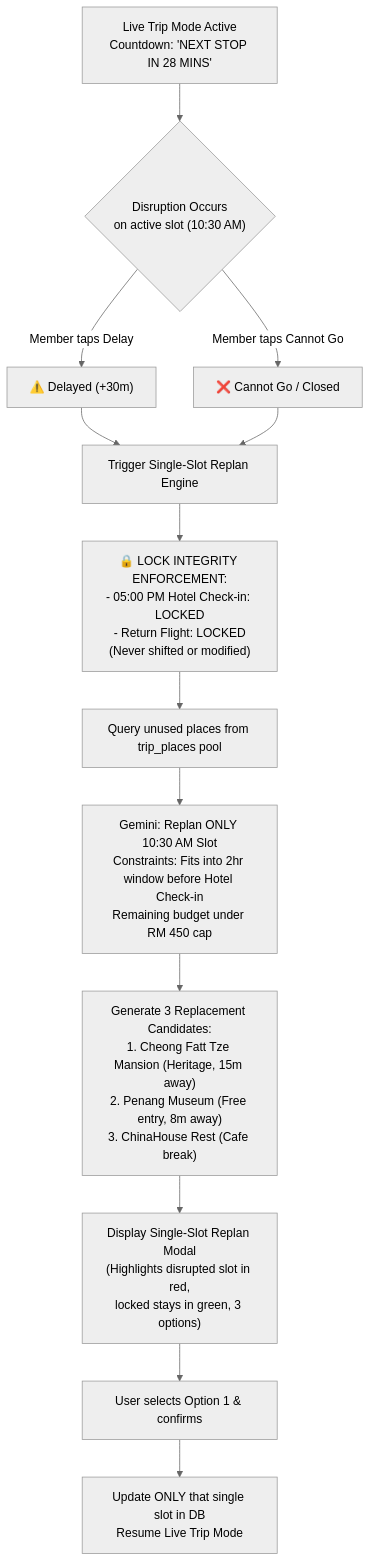
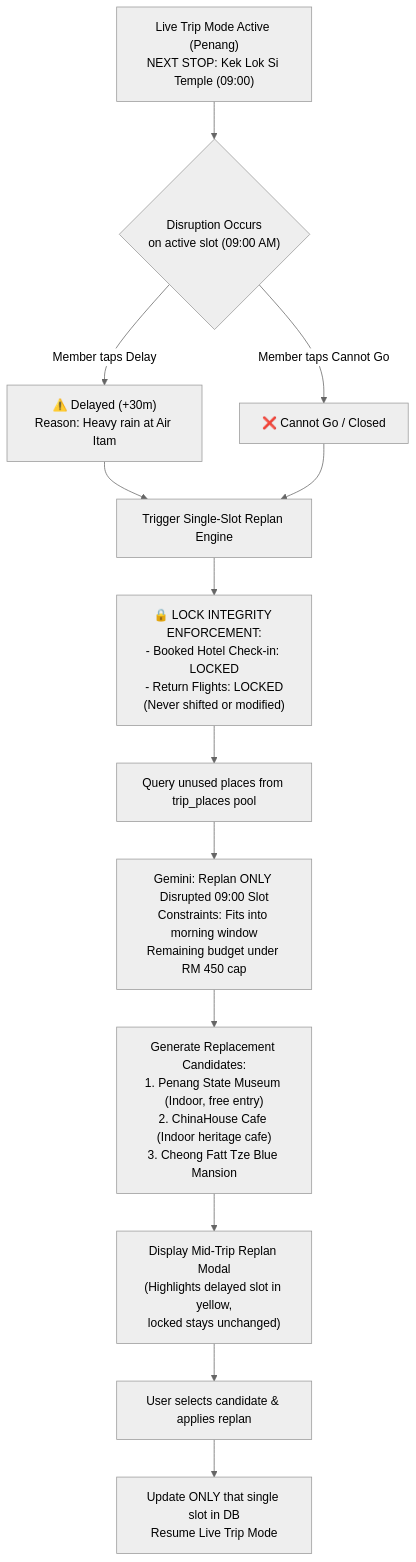
One commit to nlzce/We-are-the-champions_Plan-B changed the eighth of 15 diagrams in README.md. Above: the diagram before and after it, drawn with Mermaid (neutral theme). The commit also changed other lines of this file, not shown here.

Commit message:
docs: align README structure, key screens, and user flow exactly with Figma UI design

````diff
--- a/README.md
+++ b/README.md
@@ -377,21 +380,21 @@
 ```mermaid
 flowchart TD
-  TripMode["Live Trip Mode Active<br/>Countdown: 'NEXT STOP IN 28 MINS'"] --> Disruption{"Disruption Occurs<br/>on active slot (10:30 AM)"}
+  TripMode["Live Trip Mode Active (Penang)<br/>NEXT STOP: Kek Lok Si Temple (09:00)"] --> Disruption{"Disruption Occurs<br/>on active slot (09:00 AM)"}
 
-  Disruption -->|Member taps Delay| DelayBtn["⚠️ Delayed (+30m)"]
+  Disruption -->|Member taps Delay| DelayBtn["⚠️ Delayed (+30m)<br/>Reason: Heavy rain at Air Itam"]
   Disruption -->|Member taps Cannot Go| SkipBtn["❌ Cannot Go / Closed"]
 
   DelayBtn --> ReplanTrigger["Trigger Single-Slot Replan Engine"]
   SkipBtn --> ReplanTrigger
 
-  ReplanTrigger --> LockStays["🔒 LOCK INTEGRITY ENFORCEMENT:<br/>- 05:00 PM Hotel Check-in: LOCKED<br/>- Return Flight: LOCKED<br/>(Never shifted or modified)"]
+  ReplanTrigger --> LockStays["🔒 LOCK INTEGRITY ENFORCEMENT:<br/>- Booked Hotel Check-in: LOCKED<br/>- Return Flights: LOCKED<br/>(Never shifted or modified)"]
 
   LockStays --> QueryPool["Query unused places from trip_places pool"]
-  QueryPool --> GeminiReplan["Gemini: Replan ONLY 10:30 AM Slot<br/>Constraints: Fits into 2hr window before Hotel Check-in<br/>Remaining budget under RM 450 cap"]
+  QueryPool --> GeminiReplan["Gemini: Replan ONLY Disrupted 09:00 Slot<br/>Constraints: Fits into morning window<br/>Remaining budget under RM 450 cap"]
 
-  GeminiReplan --> ReturnOptions["Generate 3 Replacement Candidates:<br/>1. Cheong Fatt Tze Mansion (Heritage, 15m away)<br/>2. Penang Museum (Free entry, 8m away)<br/>3. ChinaHouse Rest (Cafe break)"]
+  GeminiReplan --> ReturnOptions["Generate Replacement Candidates:<br/>1. Penang State Museum (Indoor, free entry)<br/>2. ChinaHouse Cafe (Indoor heritage cafe)<br/>3. Cheong Fatt Tze Blue Mansion"]
 
-  ReturnOptions --> ReplanModal["Display Single-Slot Replan Modal<br/>(Highlights disrupted slot in red,<br/>locked stays in green, 3 options)"]
-  ReplanModal --> UserConfirm["User selects Option 1 & confirms"]
+  ReturnOptions --> ReplanModal["Display Mid-Trip Replan Modal<br/>(Highlights delayed slot in yellow,<br/>locked stays unchanged)"]
+  ReplanModal --> UserConfirm["User selects candidate & applies replan"]
   UserConfirm --> PatchSlot["Update ONLY that single slot in DB<br/>Resume Live Trip Mode"]
 ```
````
